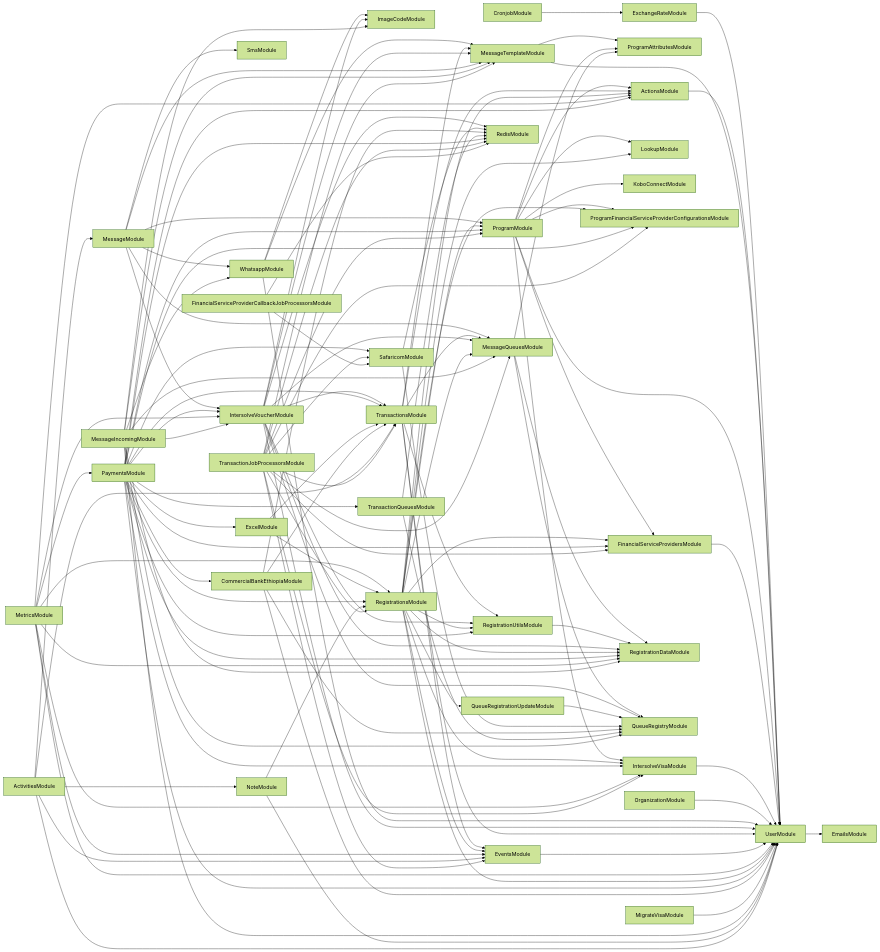
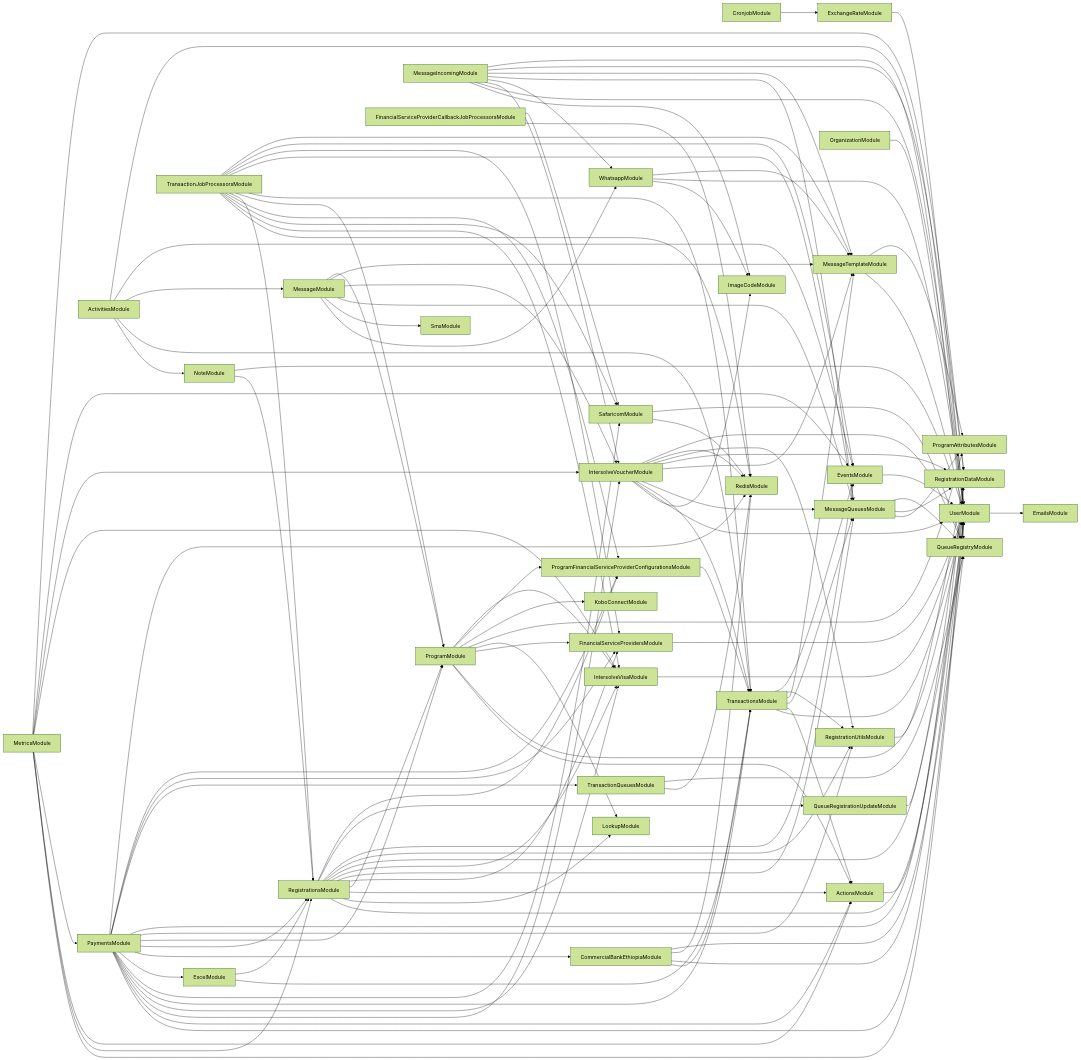
One commit to global-121/121-platform changed the diagram in services/121-service/module-dependencies.md. Above: the diagram before and after it, drawn with Mermaid (forest theme). The commit also changed 407 other files, not shown here.

First line of the commit message:
Refactor registration data and attributes

```diff
--- a/services/121-service/module-dependencies.md
+++ b/services/121-service/module-dependencies.md
@@ -16,6 +16,18 @@
   ProgramModule-->ProgramAttributesModule
   ProgramModule-->KoboConnectModule
   ProgramModule-->ProgramFinancialServiceProviderConfigurationsModule
+  ProgramFinancialServiceProviderConfigurationsModule-->TransactionsModule
+  TransactionsModule-->UserModule
+  TransactionsModule-->ActionsModule
+  TransactionsModule-->MessageQueuesModule
+  MessageQueuesModule-->ProgramAttributesModule
+  MessageQueuesModule-->RegistrationDataModule
+  MessageQueuesModule-->QueueRegistryModule
+  TransactionsModule-->MessageTemplateModule
+  TransactionsModule-->RegistrationUtilsModule
+  RegistrationUtilsModule-->RegistrationDataModule
+  TransactionsModule-->EventsModule
+  EventsModule-->UserModule
   ProgramModule-->IntersolveVisaModule
   IntersolveVisaModule-->UserModule
   OrganizationModule-->UserModule
@@ -25,21 +37,10 @@
   WhatsappModule-->MessageTemplateModule
   MessageModule-->SmsModule
   MessageModule-->MessageQueuesModule
-  MessageQueuesModule-->ProgramAttributesModule
-  MessageQueuesModule-->RegistrationDataModule
-  MessageQueuesModule-->QueueRegistryModule
   MessageModule-->IntersolveVoucherModule
   IntersolveVoucherModule-->ImageCodeModule
   IntersolveVoucherModule-->UserModule
   IntersolveVoucherModule-->TransactionsModule
-  TransactionsModule-->UserModule
-  TransactionsModule-->ActionsModule
-  TransactionsModule-->MessageQueuesModule
-  TransactionsModule-->MessageTemplateModule
-  TransactionsModule-->RegistrationUtilsModule
-  RegistrationUtilsModule-->RegistrationDataModule
-  TransactionsModule-->EventsModule
-  EventsModule-->UserModule
   IntersolveVoucherModule-->MessageQueuesModule
   IntersolveVoucherModule-->MessageTemplateModule
   IntersolveVoucherModule-->RegistrationDataModule
@@ -95,7 +96,6 @@
   MetricsModule-->IntersolveVoucherModule
   MetricsModule-->EventsModule
   MetricsModule-->RegistrationDataModule
-  MigrateVisaModule-->UserModule
   MessageIncomingModule-->ImageCodeModule
   MessageIncomingModule-->UserModule
   MessageIncomingModule-->IntersolveVoucherModule
```
